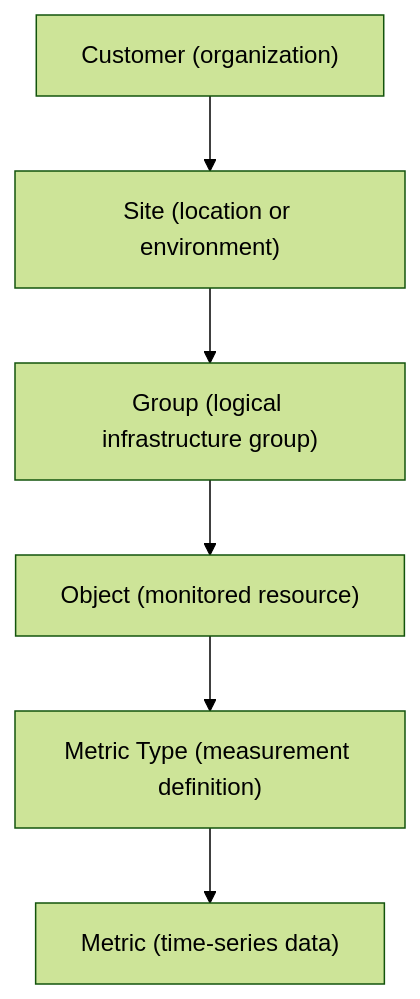
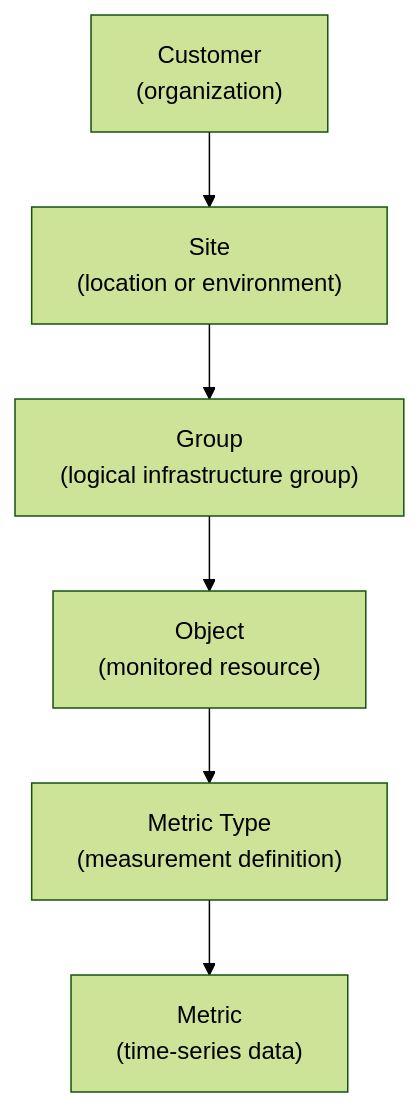
Before and after one commit to xautomata/User-Interface-Manual: the diagram in docs/tree_hierarchy_view.md, drawn with Mermaid (forest theme). The commit also changed 3 other files, not shown here.

Commit message:
Enhance Mermaid diagrams in documentation for Customers, Metrics, Dashboard Management, and Tree Hierarchy View; improve readability with line breaks in labels

````diff
--- a/docs/tree_hierarchy_view.md
+++ b/docs/tree_hierarchy_view.md
@@ -43,16 +43,16 @@
 ```mermaid
 flowchart TD
 
-C["Customer (organization)"]
-S["Site (location or environment)"]
-G["Group (logical infrastructure group)"]
-O["Object (monitored resource)"]
-MT["Metric Type (measurement definition)"]
-M["Metric (time-series data)"]
+C["Customer<br>(organization)"]
+S["Site<br>(location or environment)"]
+G["Group<br>(logical infrastructure group)"]
+O["Object<br>(monitored resource)"]
+MT["Metric Type<br>(measurement definition)"]
+M["Metric<br>(time-series data)"]
 
 C --> S
 S --> G
 G --> O
 O --> MT
 MT --> M
 ```
````
